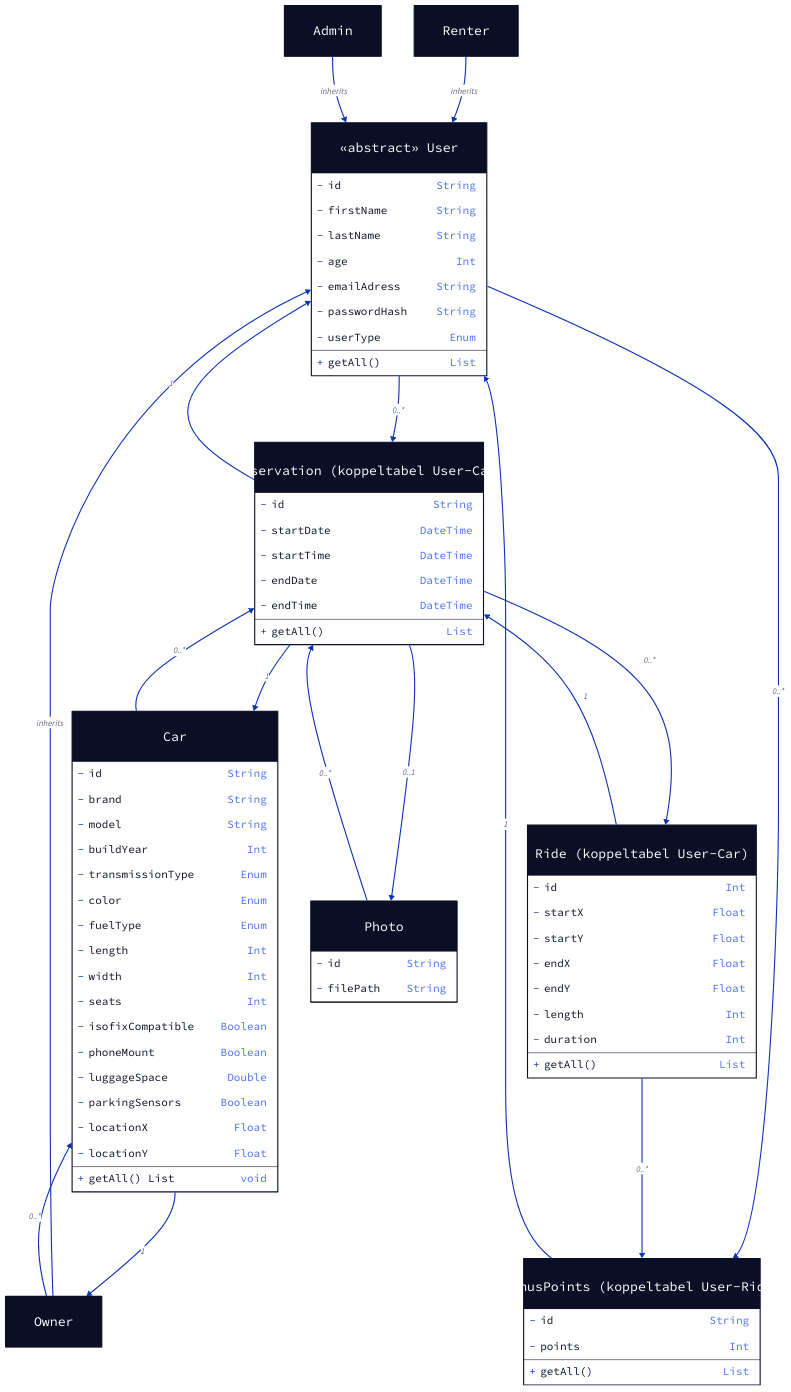
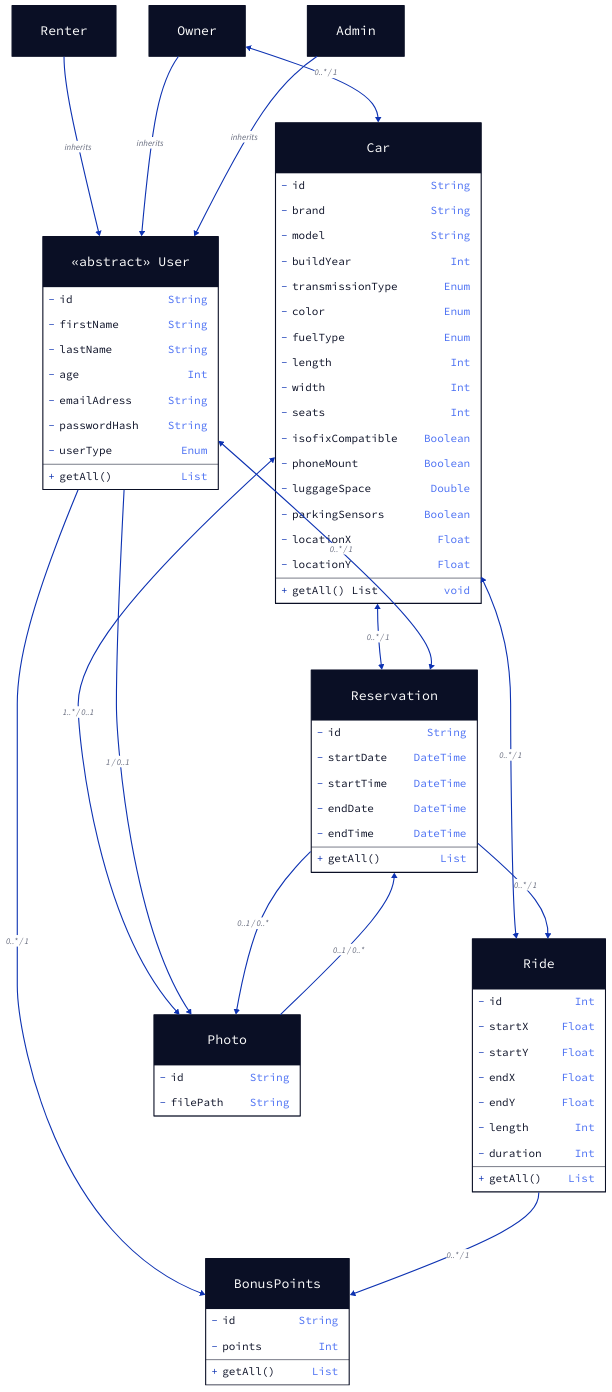
Before and after one commit to RubenLeenknegt/JoyRide-API: the diagram in documents/Class diagram/class-diagram-v3.d2, drawn with D2. The commit also changed 1 other file, not shown here.

Commit message:
Classdiagram V3, without interfaces

```diff
--- a/documents/Class diagram/class-diagram-v3.d2
+++ b/documents/Class diagram/class-diagram-v3.d2
@@ -1,112 +1,128 @@
 User: {
   shape: class
   label: "«abstract» User"
   - id: String
   - firstName: String
   - lastName: String
   - age: Int
   - emailAdress: String
   - passwordHash: String
   - userType: Enum
   + getAll(): List
 }
 
 Renter: {
   shape: class
   label: "Renter"
 }
 
 Owner: {
   shape: class
   label: "Owner"
 }
 
 Admin: {
   shape: class
   label: "Admin"
 }
 
 Car: {
   shape: class
   label: "Car"
   - id: String
   - brand: String
   - model: String
   - buildYear: Int
   - transmissionType: Enum
   - color: Enum
   - fuelType: Enum
   - length: Int
   - width: Int
   - seats: Int
   - isofixCompatible: Boolean
   - phoneMount: Boolean
   - luggageSpace: Double
   - parkingSensors: Boolean
   - locationX: Float
   - locationY: Float
   + getAll() List
 }
 
 Reservation: {
   shape: class
-  label: "Reservation\n(koppeltabel User-Car)"
   - id: String
   - startDate: DateTime
   - startTime: DateTime
   - endDate: DateTime
   - endTime: DateTime
   + getAll(): List
 }
 
 Ride: {
   shape: class
-  label: "Ride\n(koppeltabel User-Car)"
   - id: Int
   - startX: Float
   - startY: Float
   - endX: Float
   - endY: Float
   - length: Int
   - duration: Int
   + getAll(): List
 }
 
 Photo: {
   shape: class
-  # label: "RidePhoto\n(koppeltabel Reservation-Ride)"
   - id: String
   - filePath: String
 }
 
 BonusPoints: {
   shape: class
-  label: "BonusPoints\n(koppeltabel User-Ride)"
   - id: String
   - points: Int
   + getAll(): List
 }
 
 Renter -> User: "inherits"
 Owner -> User: "inherits"
 Admin -> User: "inherits"
 
-Owner -> Car: "0..*"
-Car -> Owner: "1"
+Owner <-> Car: "0..* / 1"
+Car <-> Photo: "1..* / 0..1"
+Car <-> Reservation: "0..* / 1"
+Car <-> Ride: "0..* / 1"
+User <-> Reservation: "0..* / 1"
+User -> BonusPoints: "0..* / 1"
+User -> Photo: "1 / 0..1"
+Reservation -> Ride: "0..* / 1"
+Reservation -> Photo: "0..1 / 0..*"
+Ride -> BonusPoints: "0..* / 1"
+Photo -> Reservation: "0..1 / 0..*"
 
-Car -> Reservation: "0..*"
-Reservation -> Car: "1"
+# Color <-> Car
+# fuelType <-> Car
+# transmissionType <-> Car
 
-User -> Reservation: "0..*"
-Reservation -> User: "1"
+# Color: {
+#   shape: class
+#   style: {
+#     stroke-dash: 3
+#   }
+#   label: "<<interface>> Color"
+# }
 
-Reservation -> Ride: "0..*"
-Ride -> Reservation: "1"
+# fuelType: {
+#   shape: class
+#   style: {
+#     stroke-dash: 3
+#   }
+#   label: "<<interface>> fuelType"
+# }
 
-Reservation -> Photo: "0..1"
-Photo -> Reservation: "0..*"
-
-User -> BonusPoints: "0..*"
-BonusPoints -> User: "1"
-
-Ride -> BonusPoints: "0..*"
+# transmissionType: {
+#   shape: class
+#   style: {
+#     stroke-dash: 3
+#   }
+#   label: "<<interface>> transmissionType"
+# }
```
